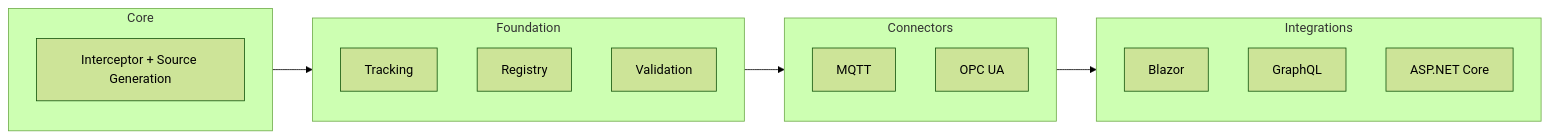
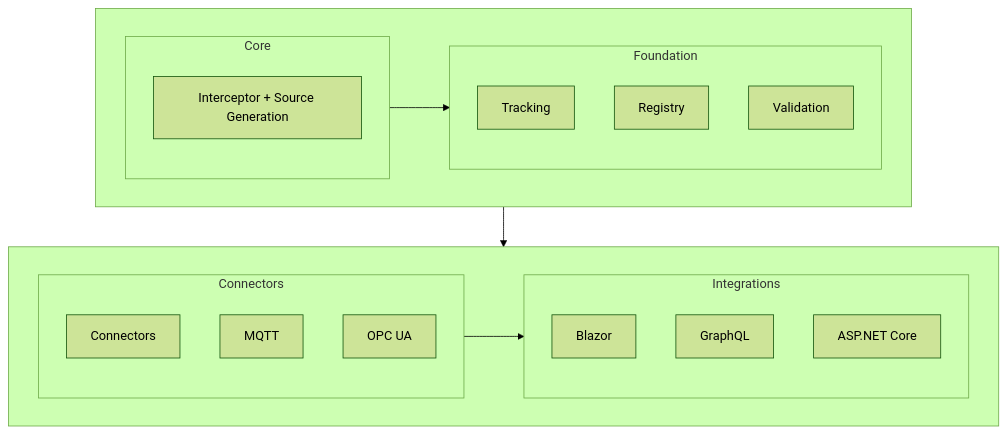
One commit to RicoSuter/Namotion.Interceptor changed the first of 3 diagrams in README.md. Above: the diagram before and after it, drawn with Mermaid (forest theme). The commit also changed other lines of this file, not shown here.

````diff
--- a/README.md
+++ b/README.md
@@ -13,24 +13,32 @@
 ```mermaid
-graph LR
-    subgraph Core
-        Interceptor[Interceptor + Source Generation]
+graph TB
+    subgraph Row1 [ ]
+        direction LR
+        subgraph Core
+            Interceptor[Interceptor + Source Generation]
+        end
+        subgraph Foundation
+            Tracking[Tracking]
+            Registry[Registry]
+            Validation[Validation]
+        end
     end
-    subgraph Foundation
-        Tracking[Tracking]
-        Registry[Registry]
-        Validation[Validation]
-    end
-    subgraph Connectors
-        MQTT[MQTT]
-        OpcUa[OPC UA]
-    end
-    subgraph Integrations
-        Blazor[Blazor]
-        GraphQL[GraphQL]
-        AspNetCore[ASP.NET Core]
+
+    subgraph Row2 [ ]
+        direction LR
+        subgraph Connectors
+            ConnectorsBase[Connectors]
+            MQTT[MQTT]
+            OpcUa[OPC UA]
+        end
+        subgraph Integrations
+            Blazor[Blazor]
+            GraphQL[GraphQL]
+            AspNetCore[ASP.NET Core]
+        end
     end
 
     Core --> Foundation
     Foundation --> Connectors
     Connectors --> Integrations
 ```
````
